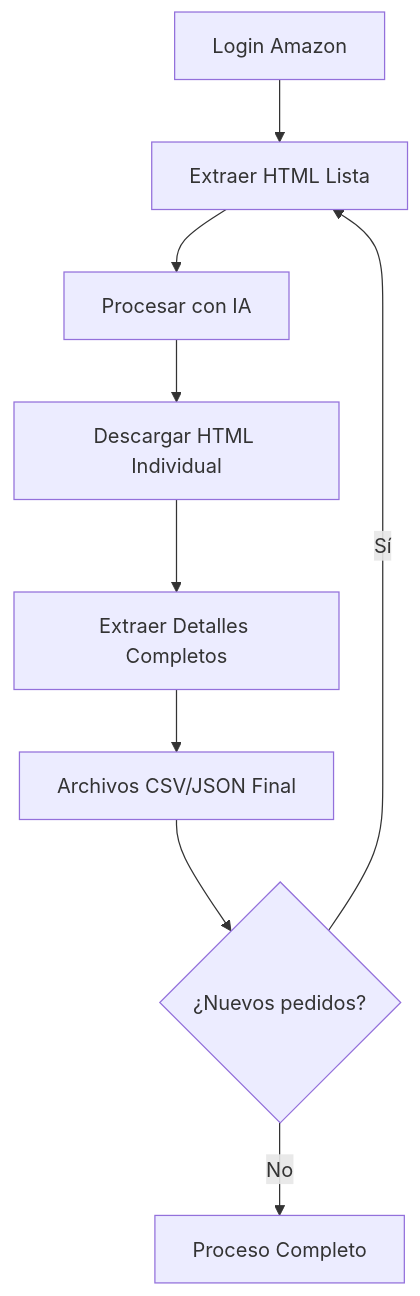
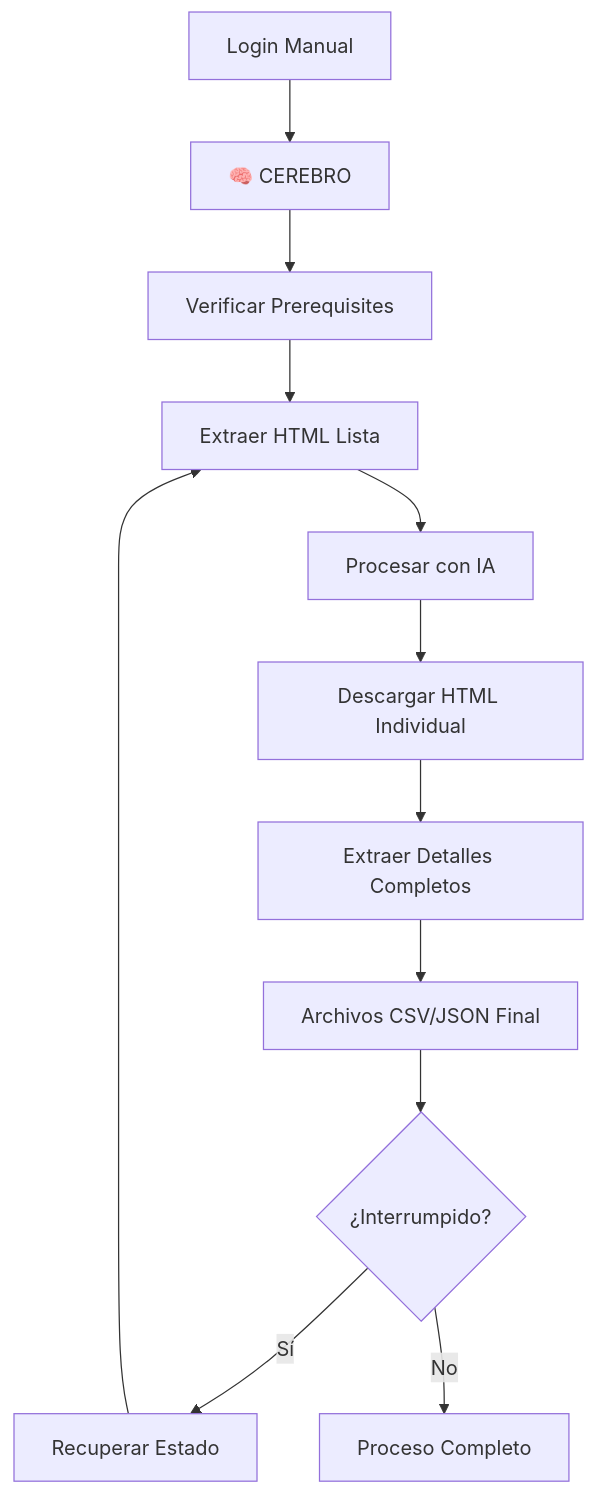
Before and after one commit to arcana-coders/scraper-con-llm: the first of 2 diagrams in README.md, drawn with Mermaid. The commit also changed other lines of this file and 3 other files, not shown here.

````diff
--- a/README.md
+++ b/README.md
@@ -146,12 +180,15 @@
 ```mermaid
 graph TD
-    A[Login Amazon] --> B[Extraer HTML Lista]
-    B --> C[Procesar con IA]
-    C --> D[Descargar HTML Individual]
-    D --> E[Extraer Detalles Completos]
-    E --> F[Archivos CSV/JSON Final]
+    A[Login Manual] --> B[🧠 CEREBRO]
+    B --> C[Verificar Prerequisites]
+    C --> D[Extraer HTML Lista]
+    D --> E[Procesar con IA]
+    E --> F[Descargar HTML Individual]
+    F --> G[Extraer Detalles Completos]
+    G --> H[Archivos CSV/JSON Final]
     
-    F --> G{¿Nuevos pedidos?}
-    G -->|Sí| B
-    G -->|No| H[Proceso Completo]
+    H --> I{¿Interrumpido?}
+    I -->|Sí| J[Recuperar Estado]
+    J --> D
+    I -->|No| K[Proceso Completo]
 ```
````
